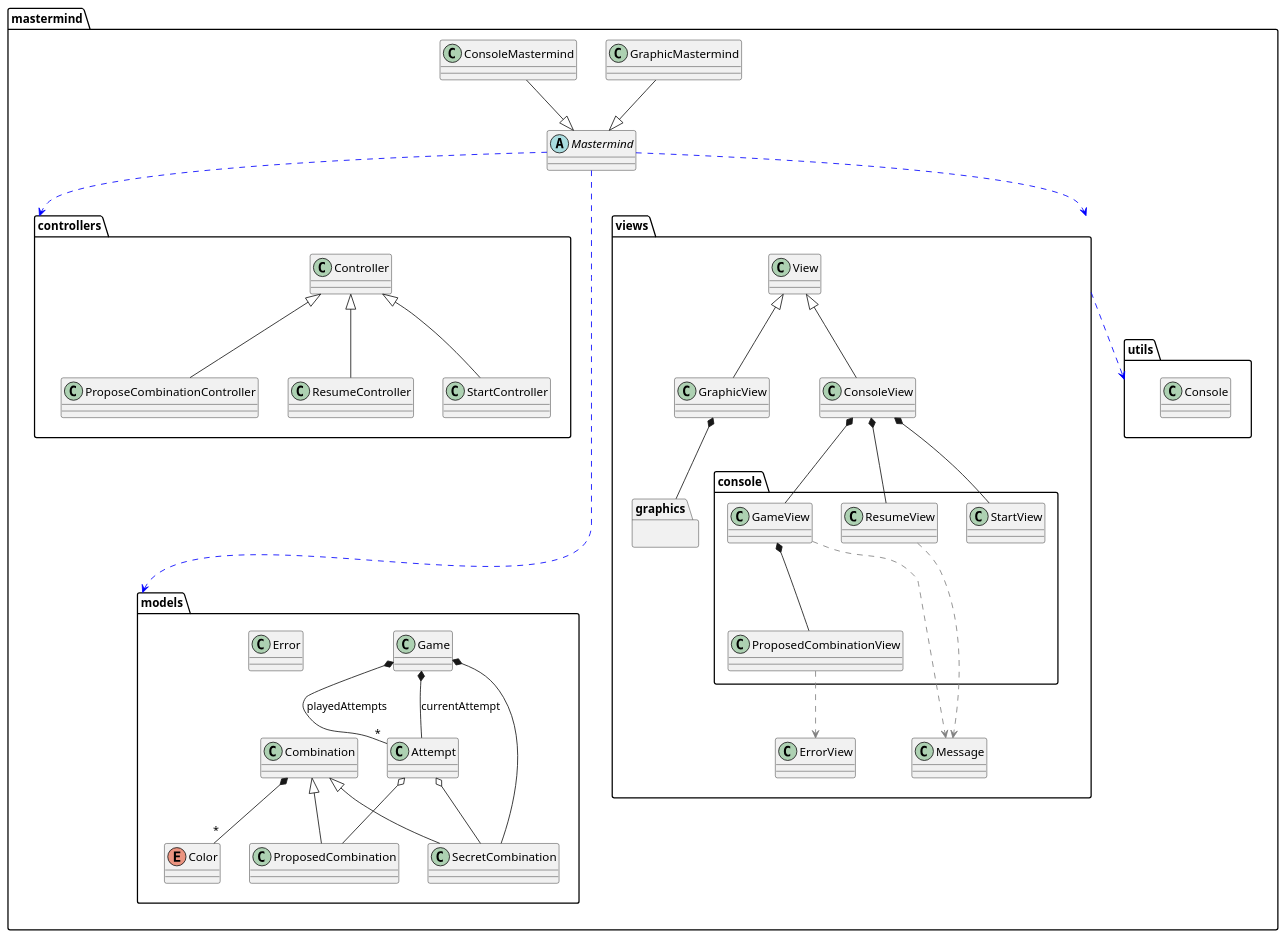
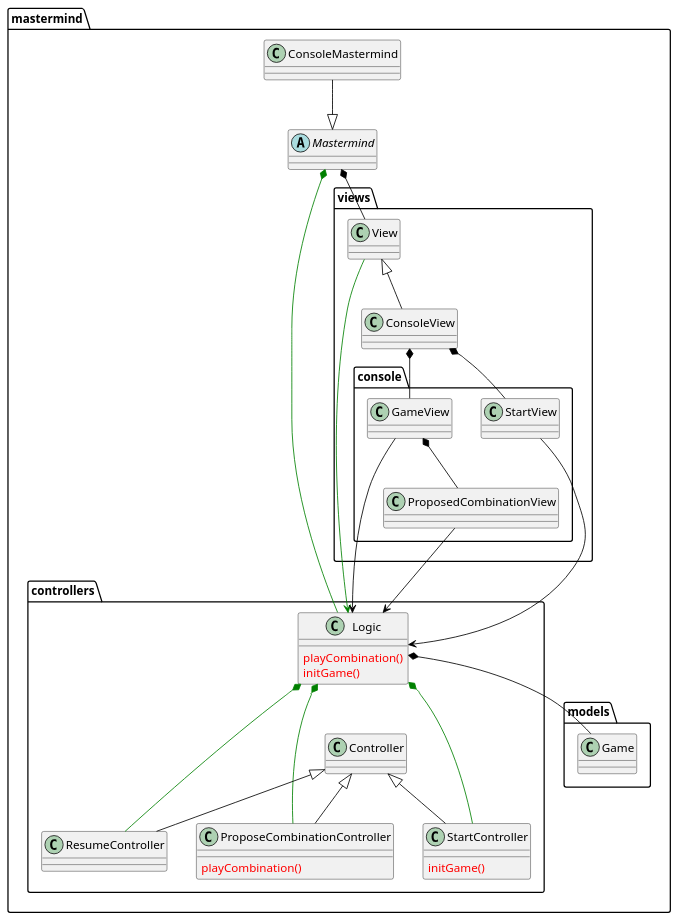
Before and after one commit to Master-Desarrollo-20-21/diseno-oo-ejercicio-3-mastermind-separacion-de-controladores-Ruskab: the diagram in doc/mastermind.puml, drawn with PlantUML. The commit also changed 3 other files, not shown here.

```diff
--- a/doc/mastermind.puml
+++ b/doc/mastermind.puml
@@ -1,102 +1,79 @@
 @startuml
 skinparam {
     BoundaryBackgroundColor #629EF9
     BoundaryBorderColor black
     BoundaryFontSize 12
     BoundarySize 10
     ControlBackgroundColor #b5bd68
     ControlBorderColor #718c00
     EntityBackgroundColor #F2AC4E
     EntityBorderColor black
+    ArrowColor black
+
 }
 
 package mastermind {
 
 abstract class Mastermind
 class ConsoleMastermind
-class GraphicMastermind
 
 package controllers {
     class Controller
-    class ProposeCombinationController
+    class Logic {
+        <color:red>playCombination()
+        <color:red>initGame()
+    }
+    class ProposeCombinationController{
+            <color:red>playCombination()
+    }
     class ResumeController
-    class StartController
+    class StartController{
+    <color:red>initGame()
+    }
 }
 
 package models {
-
     class Game
-    class Combination
-    class SecretCombination
-    class ProposedCombination
-    Enum Color
-    class Attempt
-    class Error
-
 }
-package utils {
-    class Console
-}
-
-
 
 package views {
 
-    class ErrorView
-    class Message
     class View
-    class GraphicView
     class ConsoleView
 
     package console{
         class StartView
         class ProposedCombinationView
-        class ResumeView
         class GameView
 }
 
 
-    package graphics {
-
-    }
 
 }
-Mastermind .[#blue]down....> models
-Mastermind .[#blue]down.> views
-Mastermind .[#blue]down.> controllers
 
-views .[#blue]down.> utils
-
+Mastermind *-- View
+Mastermind *---[#green]- Logic
 Mastermind <|-up- ConsoleMastermind
-Mastermind <|-up- GraphicMastermind
 View <|-- ConsoleView
-View <|-- GraphicView
-
+View -[#green]-> Logic
+Logic *-- Game
+Logic *-[#green]-- ProposeCombinationController
+Logic *-[#green]-- ResumeController
+Logic *-[#green]-- StartController
 
 ConsoleView *-- GameView
-ConsoleView *-- ResumeView
 ConsoleView *-- StartView
+
 GameView *-- ProposedCombinationView
-GameView .[#grey]..> Message
-ResumeView .[#grey].> Message
-ProposedCombinationView .[#grey].> ErrorView
-
-Combination <|-- ProposedCombination
-Combination <|-- SecretCombination
-Attempt o-- ProposedCombination
-Attempt o-- SecretCombination
-Combination *-- "*" Color
-Game *-- SecretCombination
-Game *-- "*" Attempt : playedAttempts
-Game *-- Attempt : currentAttempt
-GraphicView *-- graphics
-
+GameView --> Logic
+StartView --> Logic
+ProposedCombinationView --> Logic
 Controller <|-- StartController
 Controller <|-- ResumeController
 Controller <|-- ProposeCombinationController
 
 
 }
 
 
 @enduml
```
